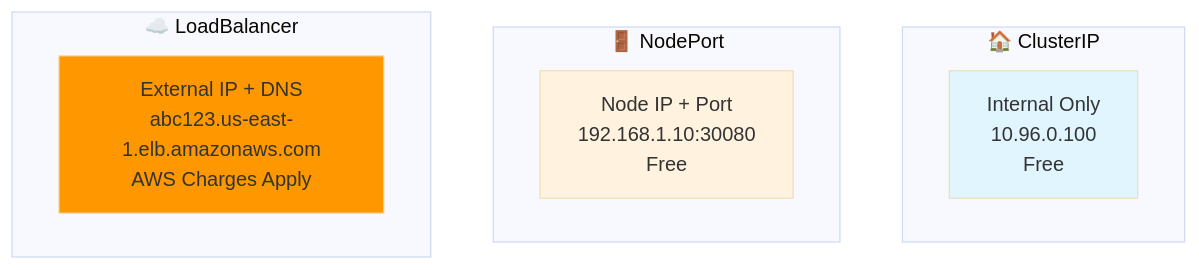
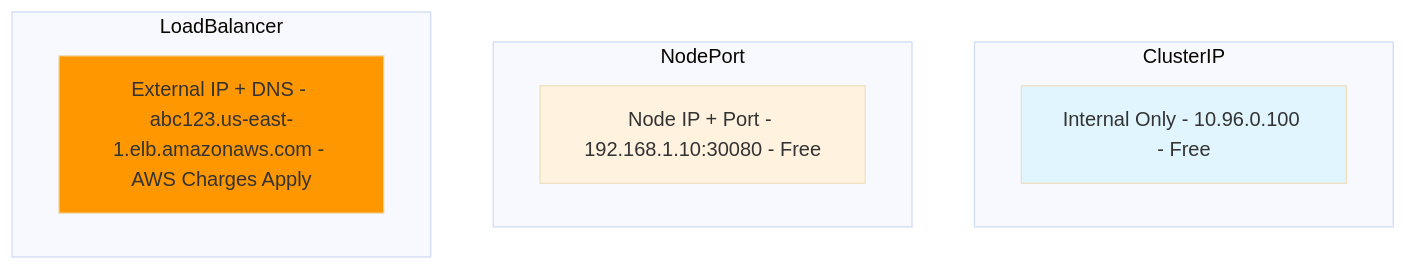
One commit to manikcloud/cloud-devops-learning-path changed diagram 18 of 26 in Section-2-DevOps/Session-7_Kubernetes/04-services-networking/README.md. Above: the diagram before and after it, drawn with Mermaid (base theme). The commit also changed other lines of this file, not shown here.

First line of the commit message:
Fix mermaid diagram syntax errors - Part 1

````diff
--- a/Section-2-DevOps/Session-7_Kubernetes/04-services-networking/README.md
+++ b/Section-2-DevOps/Session-7_Kubernetes/04-services-networking/README.md
@@ -911,18 +911,18 @@
 ```mermaid
 graph TB
-    subgraph "🏠 ClusterIP"
-        A[Internal Only<br/>10.96.0.100<br/>Free]
+    subgraph "ClusterIP"
+        A[Internal Only - 10.96.0.100 - Free]
     end
     
-    subgraph "🚪 NodePort"  
-        B[Node IP + Port<br/>192.168.1.10:30080<br/>Free]
+    subgraph "NodePort"  
+        B[Node IP + Port - 192.168.1.10:30080 - Free]
     end
     
-    subgraph "☁️ LoadBalancer"
-        C[External IP + DNS<br/>abc123.us-east-1.elb.amazonaws.com<br/>AWS Charges Apply]
+    subgraph "LoadBalancer"
+        C[External IP + DNS - abc123.us-east-1.elb.amazonaws.com - AWS Charges Apply]
     end
     
     style A fill:#e1f5fe
     style B fill:#fff3e0
     style C fill:#ff9800
 ```
````
